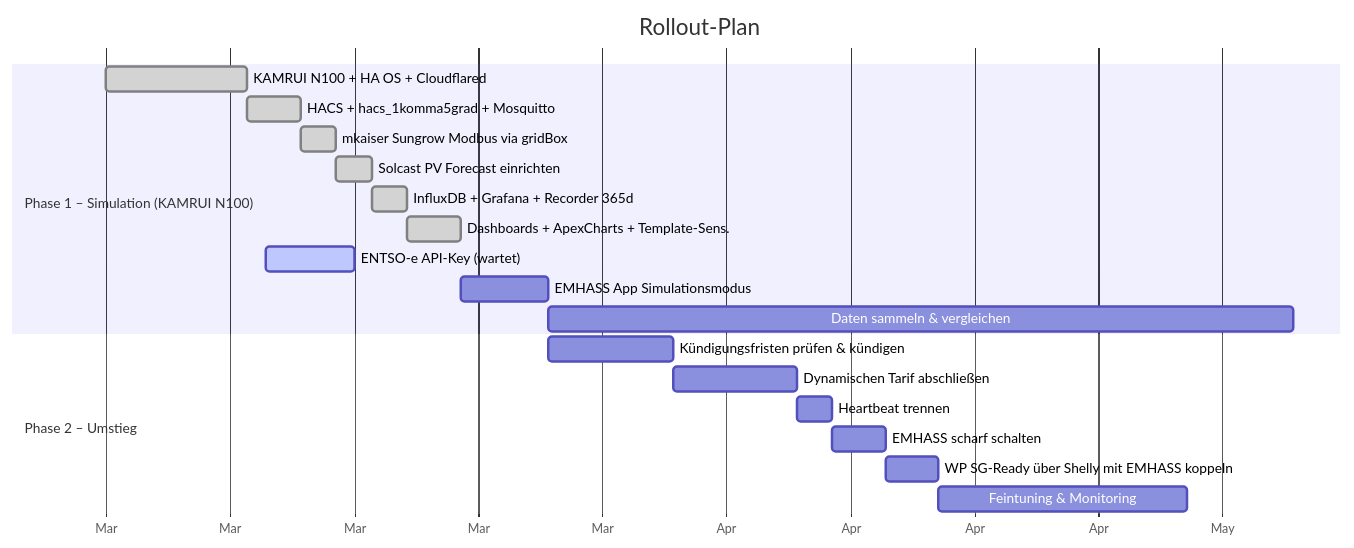
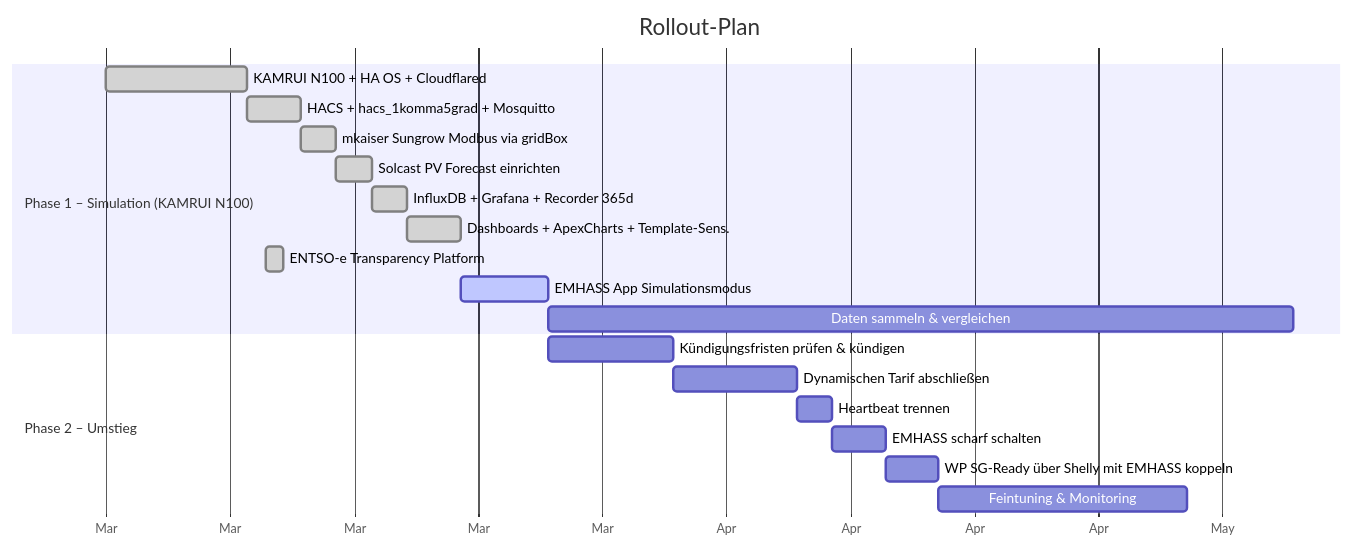
Before and after one commit to schowave/energy-management: the third of 3 diagrams in docs/architektur.md, drawn with Mermaid. The commit also changed 5 other files, not shown here.

````diff
--- a/docs/architektur.md
+++ b/docs/architektur.md
@@ -153,25 +153,25 @@
 ```mermaid
 gantt
     title Rollout-Plan
     dateFormat YYYY-MM-DD
     axisFormat %b
 
     section Phase 1 – Simulation (KAMRUI N100)
     KAMRUI N100 + HA OS + Cloudflared       :done, p1hw, 2026-03-01, 8d
     HACS + hacs_1komma5grad + Mosquitto     :done, p1hacs, after p1hw, 3d
     mkaiser Sungrow Modbus via gridBox      :done, p1mod, after p1hacs, 2d
     Solcast PV Forecast einrichten          :done, p1b, after p1mod, 2d
     InfluxDB + Grafana + Recorder 365d      :done, p1d, after p1b, 2d
     Dashboards + ApexCharts + Template-Sens.:done, p1e, after p1d, 3d
-    ENTSO-e API-Key (wartet)                :active, p1a, 2026-03-10, 5d
-    EMHASS App Simulationsmodus             :p1f, after p1e, 5d
+    ENTSO-e Transparency Platform            :done, p1a, 2026-03-10, 1d
+    EMHASS App Simulationsmodus             :active, p1f, after p1e, 5d
     Daten sammeln & vergleichen             :p1g, after p1f, 42d
 
     section Phase 2 – Umstieg
     Kündigungsfristen prüfen & kündigen     :p2a, after p1f, 7d
     Dynamischen Tarif abschließen           :p2b, after p2a, 7d
     Heartbeat trennen                       :p2c, after p2b, 2d
     EMHASS scharf schalten                  :p2e, after p2c, 3d
     WP SG-Ready über Shelly mit EMHASS koppeln :p2f, after p2e, 3d
     Feintuning & Monitoring                 :p2g, after p2f, 14d
 ```
````
